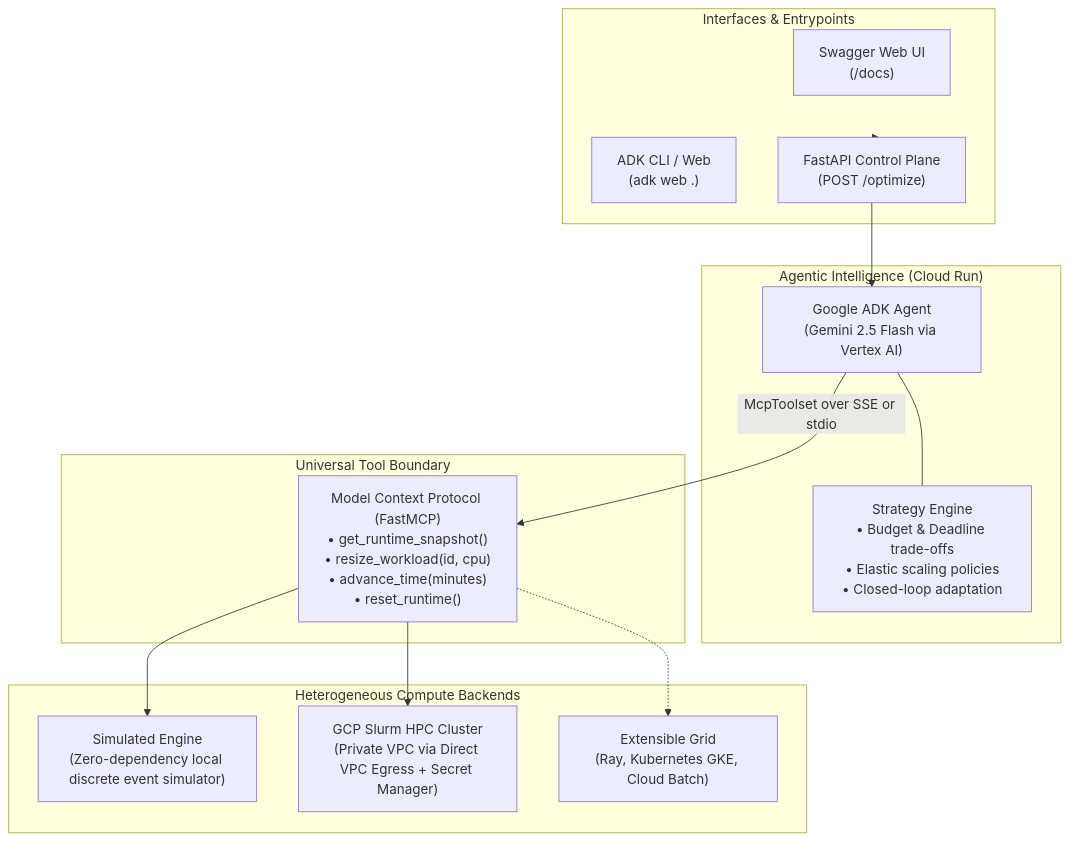
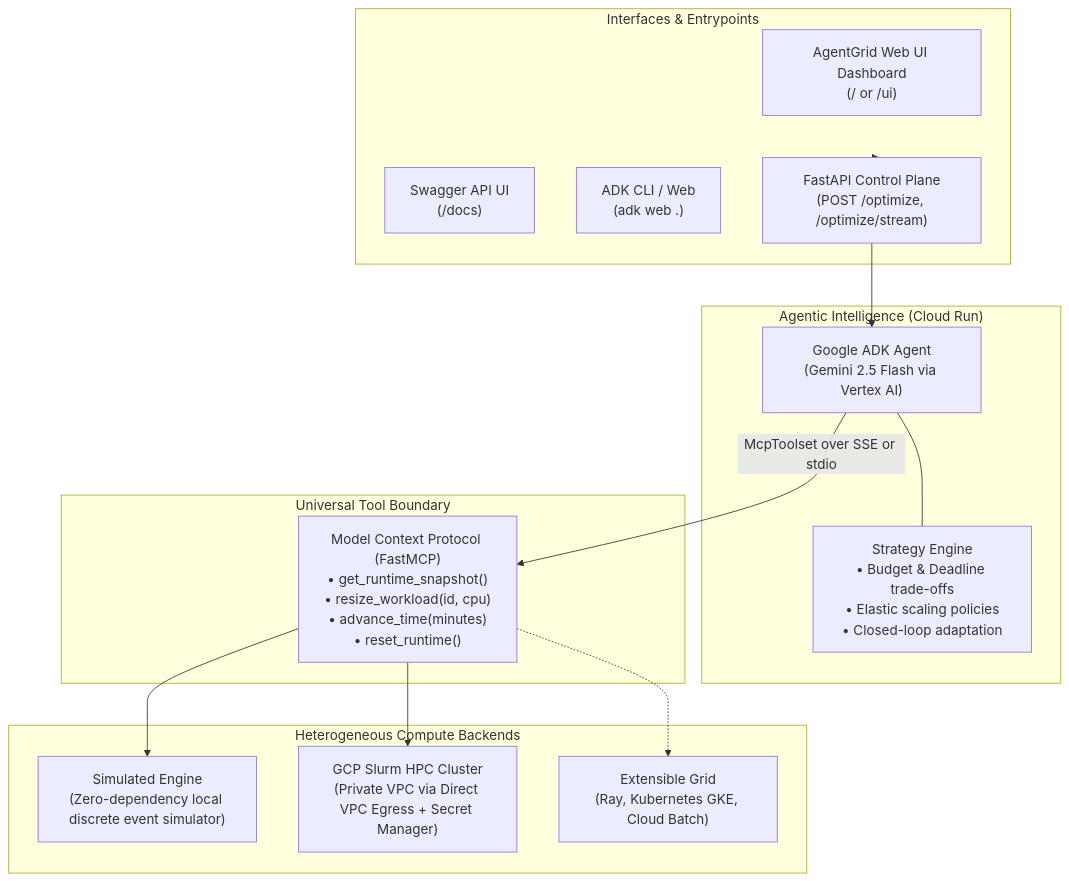
The second of 3 diagrams in README.md (samy-fadel/agentgrid), drawn with Mermaid before and after one commit. The commit also changed other lines of this file and 8 other files, not shown here.

Commit message:
feat: add interactive web dashboard UI, Slurm execution verification, and real-time streaming updates

````diff
--- a/README.md
+++ b/README.md
@@ -56,31 +56,32 @@
 ```mermaid
 flowchart TB
     subgraph Clients ["Interfaces & Entrypoints"]
-        UI["Swagger Web UI<br/>(/docs)"]
+        Dashboard["AgentGrid Web UI Dashboard<br/>(/ or /ui)"]
+        UI["Swagger API UI<br/>(/docs)"]
         CLI["ADK CLI / Web<br/>(adk web .)"]
-        API["FastAPI Control Plane<br/>(POST /optimize)"]
+        API["FastAPI Control Plane<br/>(POST /optimize, /optimize/stream)"]
     end
 
     subgraph AgentPlane ["Agentic Intelligence (Cloud Run)"]
         Agent["Google ADK Agent<br/>(Gemini 2.5 Flash via Vertex AI)"]
         Prompt["Strategy Engine<br/>• Budget & Deadline trade-offs<br/>• Elastic scaling policies<br/>• Closed-loop adaptation"]
         Agent --- Prompt
     end
 
     subgraph Protocol ["Universal Tool Boundary"]
         MCP["Model Context Protocol (FastMCP)<br/>• get_runtime_snapshot()<br/>• resize_workload(id, cpu)<br/>• advance_time(minutes)<br/>• reset_runtime()"]
     end
 
     subgraph Infrastructure ["Heterogeneous Compute Backends"]
         Sim["Simulated Engine<br/>(Zero-dependency local discrete event simulator)"]
         Slurm["GCP Slurm HPC Cluster<br/>(Private VPC via Direct VPC Egress + Secret Manager)"]
         Future["Extensible Grid<br/>(Ray, Kubernetes GKE, Cloud Batch)"]
     end
 
     Clients --> API
     API --> Agent
     Agent -->|McpToolset over SSE or stdio| MCP
     MCP --> Sim
     MCP --> Slurm
     MCP -.-> Future
 ```
````
